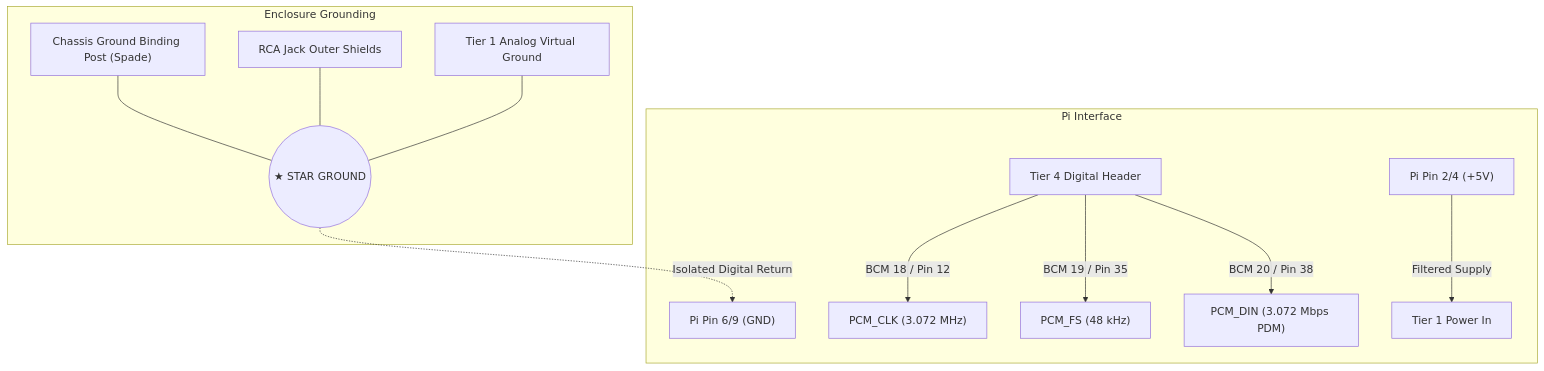
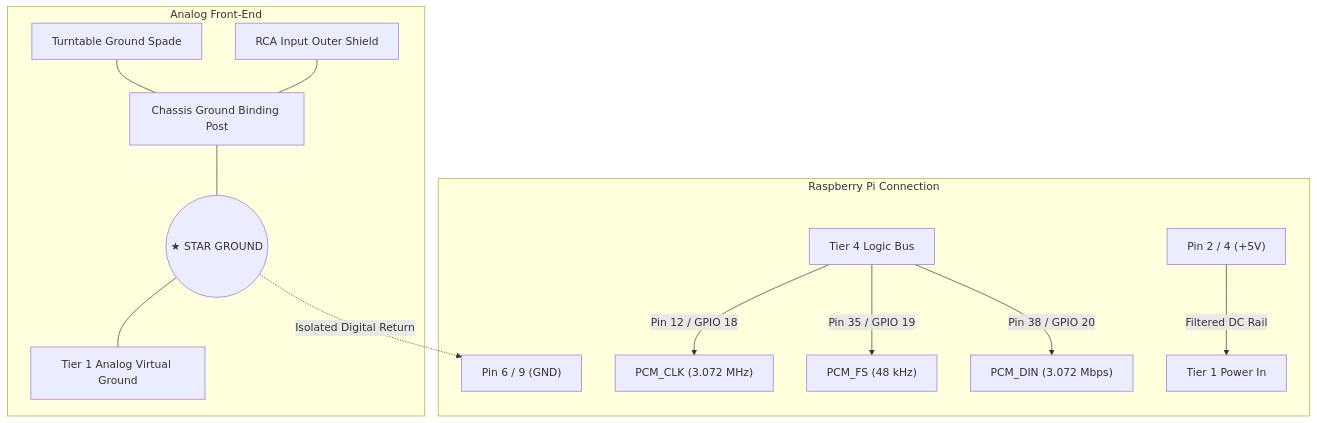
Before and after one commit to MadsRudolph/vinyl-adc: the diagram in README.md, drawn with Mermaid. The commit also changed other lines of this file and 1 other file, not shown here.

````diff
--- a/README.md
+++ b/README.md
@@ -111,16 +131,17 @@
 ```mermaid
 graph TD
-    subgraph Enclosure Grounding
-        TT_Post["Chassis Ground Binding Post (Spade)"] --- StarGround(("★ STAR GROUND"))
-        RCA_Shield["RCA Jack Outer Shields"] --- StarGround
-        Board1_GND["Tier 1 Analog Virtual Ground"] --- StarGround
+    subgraph Analog Front-End
+        TT["Turntable Ground Spade"] --- Post["Chassis Ground Binding Post"]
+        RCA["RCA Input Outer Shield"] --- Post
+        Post --- Star(("★ STAR GROUND"))
+        Star --- Tier1["Tier 1 Analog Virtual Ground"]
     end
 
-    subgraph Pi Interface
-        StarGround -.->|Isolated Digital Return| Pi_GND["Pi Pin 6/9 (GND)"]
-        Digital_Bus["Tier 4 Digital Header"] -->|BCM 18 / Pin 12| Pi_BCLK["PCM_CLK (3.072 MHz)"]
-        Digital_Bus -->|BCM 19 / Pin 35| Pi_LRCLK["PCM_FS (48 kHz)"]
-        Digital_Bus -->|BCM 20 / Pin 38| Pi_DIN["PCM_DIN (3.072 Mbps PDM)"]
-        Pi_Power["Pi Pin 2/4 (+5V)"] -->|Filtered Supply| Power_Rail["Tier 1 Power In"]
+    subgraph Raspberry Pi Connection
+        Star -.->|Isolated Digital Return| Pi_GND["Pin 6 / 9 (GND)"]
+        Tier4["Tier 4 Logic Bus"] -->|Pin 12 / GPIO 18| Pi_BCLK["PCM_CLK (3.072 MHz)"]
+        Tier4 -->|Pin 35 / GPIO 19| Pi_LRCLK["PCM_FS (48 kHz)"]
+        Tier4 -->|Pin 38 / GPIO 20| Pi_DIN["PCM_DIN (3.072 Mbps)"]
+        Pi_Power["Pin 2 / 4 (+5V)"] -->|Filtered DC Rail| Tier1_Pwr["Tier 1 Power In"]
     end
 ```
````
